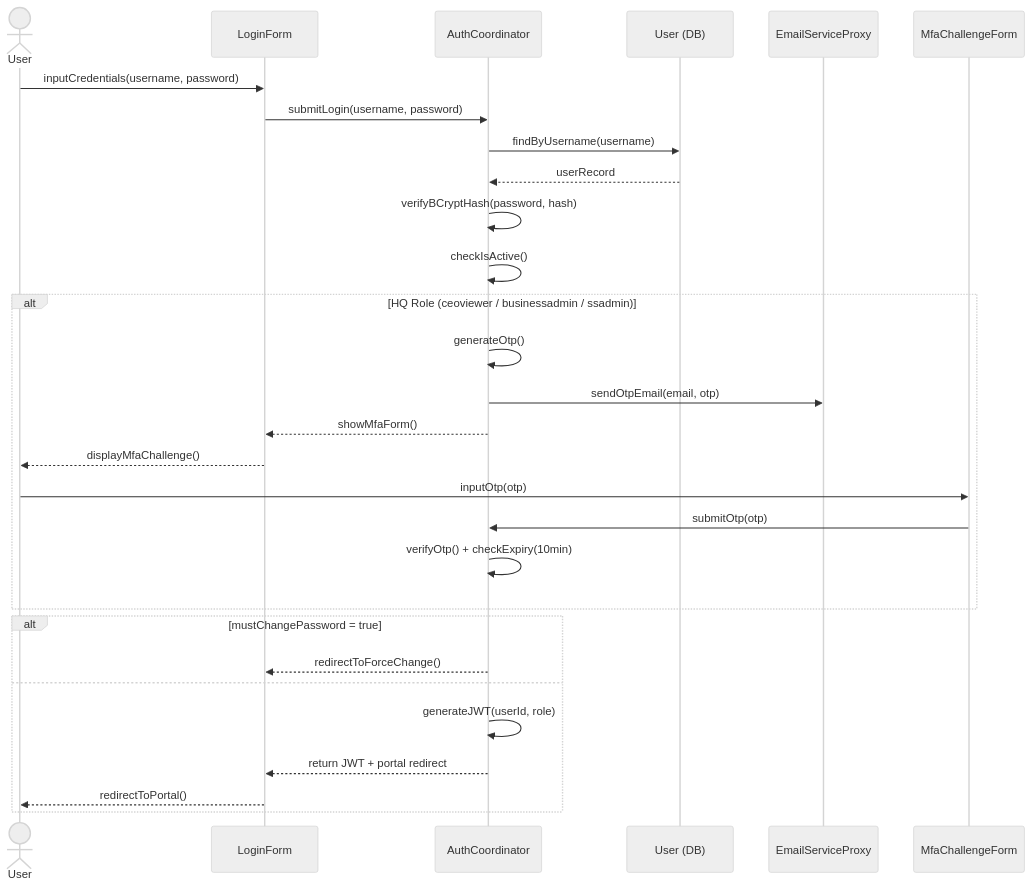
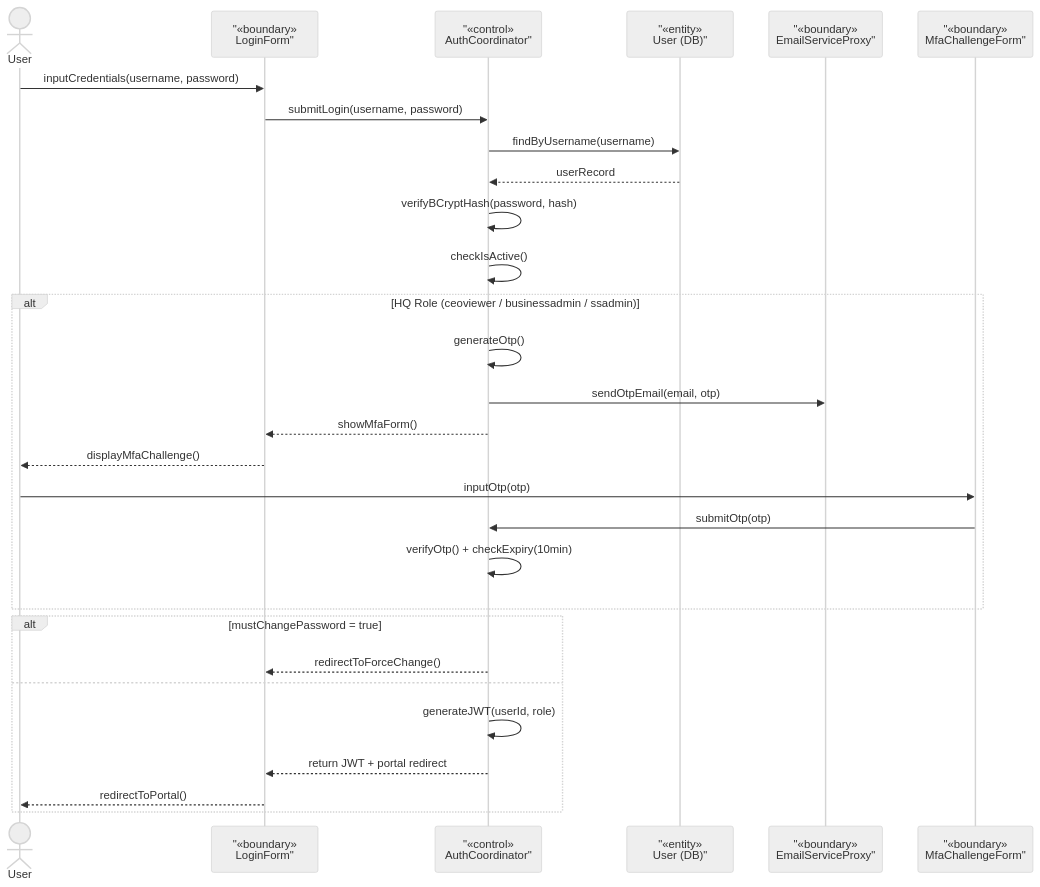
Before and after one commit to Shaichi/Khoga_coffe_shop: the second of 6 diagrams in rds_sections/04_detailed_3_1_system_access_security.md, drawn with Mermaid (neutral theme). The commit also changed other lines of this file and 13 other files, not shown here.

Commit message:
docs(rds): Update User entity fields and change Decimal to BigDecimal

````diff
--- a/rds_sections/04_detailed_3_1_system_access_security.md
+++ b/rds_sections/04_detailed_3_1_system_access_security.md
@@ -132,35 +135,35 @@
 ```mermaid
 sequenceDiagram
     actor User
-    participant LoginForm
-    participant AuthCoordinator
-    participant UserDB as User (DB)
-    participant EmailSvc as EmailServiceProxy
-    participant MfaForm as MfaChallengeForm
+participant LoginForm as "«boundary»<br/>LoginForm"
+participant AuthCoordinator as "«control»<br/>AuthCoordinator"
+participant UserDB as "«entity»<br/>User (DB)"
+participant EmailSvc as "«boundary»<br/>EmailServiceProxy"
+participant MfaForm as "«boundary»<br/>MfaChallengeForm"
 
     User->>LoginForm: inputCredentials(username, password)
     LoginForm->>AuthCoordinator: submitLogin(username, password)
     AuthCoordinator->>UserDB: findByUsername(username)
     UserDB-->>AuthCoordinator: userRecord
     AuthCoordinator->>AuthCoordinator: verifyBCryptHash(password, hash)
     AuthCoordinator->>AuthCoordinator: checkIsActive()
 
     alt HQ Role (ceoviewer / businessadmin / ssadmin)
         AuthCoordinator->>AuthCoordinator: generateOtp()
         AuthCoordinator->>EmailSvc: sendOtpEmail(email, otp)
         AuthCoordinator-->>LoginForm: showMfaForm()
         LoginForm-->>User: displayMfaChallenge()
 
         User->>MfaForm: inputOtp(otp)
         MfaForm->>AuthCoordinator: submitOtp(otp)
         AuthCoordinator->>AuthCoordinator: verifyOtp() + checkExpiry(10min)
     end
 
     alt mustChangePassword = true
         AuthCoordinator-->>LoginForm: redirectToForceChange()
     else
         AuthCoordinator->>AuthCoordinator: generateJWT(userId, role)
         AuthCoordinator-->>LoginForm: return JWT + portal redirect
         LoginForm-->>User: redirectToPortal()
     end
 ```
````
